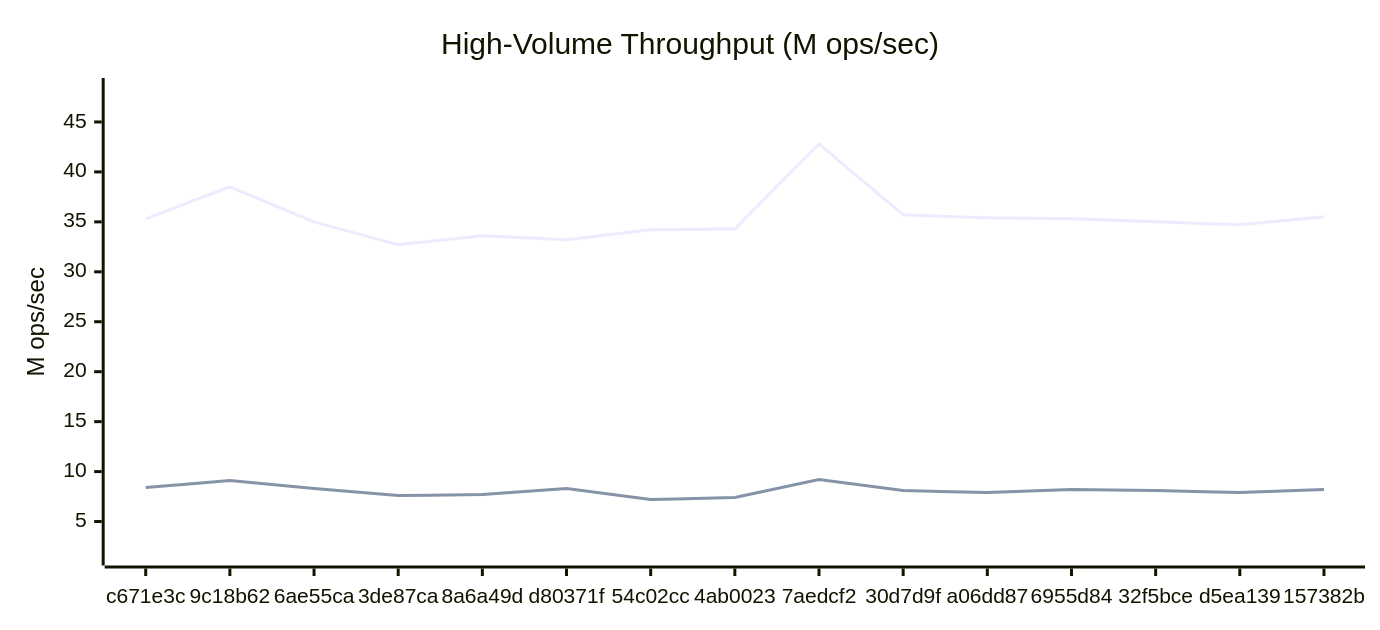
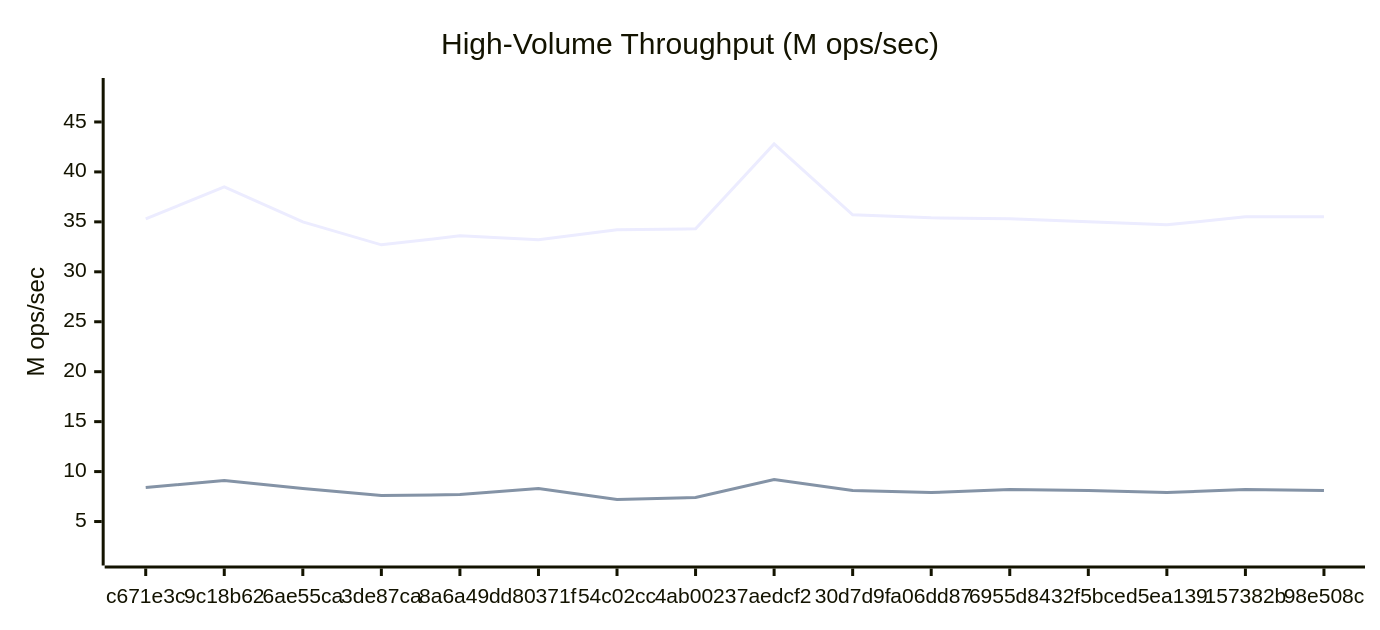
Before and after one commit to Ikolvi/titan: the fifth of 6 diagrams in docs/BENCHMARKS.md, drawn with Mermaid. The commit also changed other lines of this file, not shown here.

````diff
--- a/docs/BENCHMARKS.md
+++ b/docs/BENCHMARKS.md
@@ -185,15 +186,15 @@
 ```mermaid
 ---
 config:
     xyChart:
         width: 900
         height: 400
         plotColorPalette: "#4e79a7, #f28e2c, #e15759, #76b7b2, #59a14f, #edc949"
 ---
 xychart-beta
     title "High-Volume Throughput (M ops/sec)"
-    x-axis ["c671e3c", "9c18b62", "6ae55ca", "3de87ca", "8a6a49d", "d80371f", "54c02cc", "4ab0023", "7aedcf2", "30d7d9f", "a06dd87", "6955d84", "32f5bce", "d5ea139", "157382b"]
+    x-axis ["c671e3c", "9c18b62", "6ae55ca", "3de87ca", "8a6a49d", "d80371f", "54c02cc", "4ab0023", "7aedcf2", "30d7d9f", "a06dd87", "6955d84", "32f5bce", "d5ea139", "157382b", "98e508c"]
     y-axis "M ops/sec" 1.8 --> 48.2
-    line [35.3, 38.5, 35.0, 32.7, 33.6, 33.2, 34.2, 34.3, 42.8, 35.7, 35.4, 35.3, 35.0, 34.7, 35.5]
-    line [8.4, 9.1, 8.3, 7.6, 7.7, 8.3, 7.2, 7.4, 9.2, 8.1, 7.9, 8.2, 8.1, 7.9, 8.2]
+    line [35.3, 38.5, 35.0, 32.7, 33.6, 33.2, 34.2, 34.3, 42.8, 35.7, 35.4, 35.3, 35.0, 34.7, 35.5, 35.5]
+    line [8.4, 9.1, 8.3, 7.6, 7.7, 8.3, 7.2, 7.4, 9.2, 8.1, 7.9, 8.2, 8.1, 7.9, 8.2, 8.1]
 ```
````
